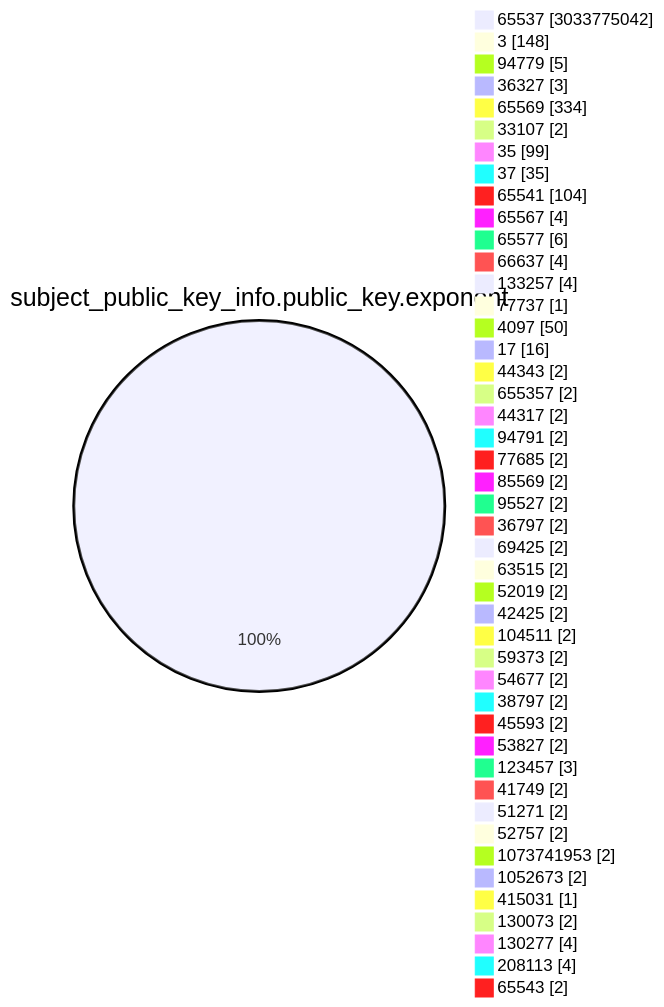
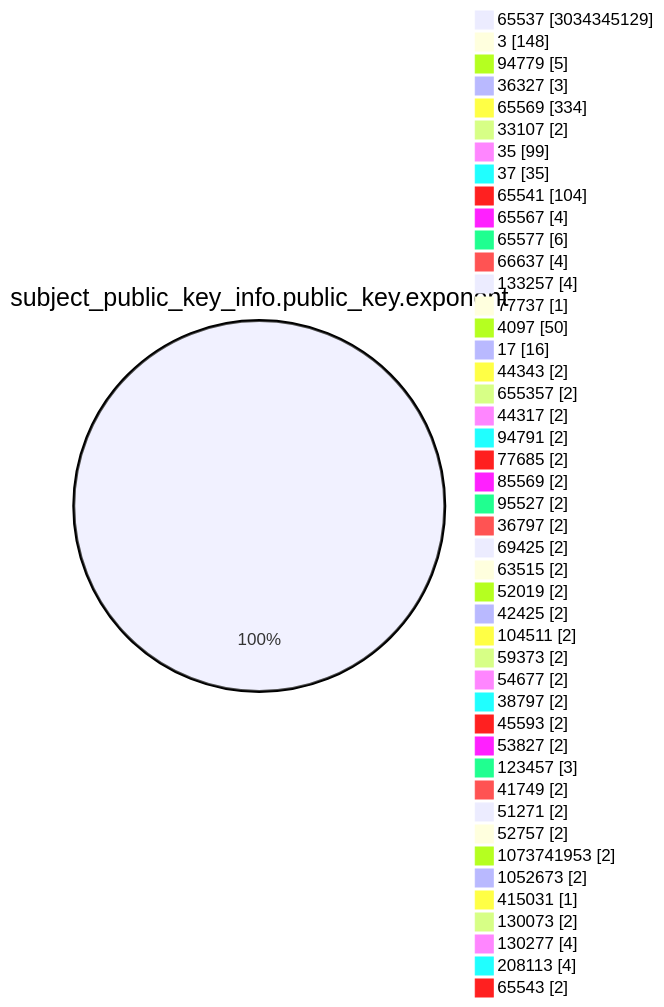
The fourth of 15 diagrams in TOTAL/README.md (christiankrug/ctmonitor_visualization), drawn with Mermaid before and after one commit. The commit also changed other lines of this file, not shown here.

````diff
--- a/TOTAL/README.md
+++ b/TOTAL/README.md
@@ -1473,49 +1473,49 @@
 ```mermaid
 pie showData
 title subject_public_key_info.public_key.exponent
-"65537" :3033775042
+"65537" :3034345129
 "3" :148
 "94779" :5
 "36327" :3
 "65569" :334
 "33107" :2
 "35" :99
 "37" :35
 "65541" :104
 "65567" :4
 "65577" :6
 "66637" :4
 "133257" :4
 "77737" :1
 "4097" :50
 "17" :16
 "44343" :2
 "655357" :2
 "44317" :2
 "94791" :2
 "77685" :2
 "85569" :2
 "95527" :2
 "36797" :2
 "69425" :2
 "63515" :2
 "52019" :2
 "42425" :2
 "104511" :2
 "59373" :2
 "54677" :2
 "38797" :2
 "45593" :2
 "53827" :2
 "123457" :3
 "41749" :2
 "51271" :2
 "52757" :2
 "1073741953" :2
 "1052673" :2
 "415031" :1
 "130073" :2
 "130277" :4
 "208113" :4
 "65543" :2
 ```
````
